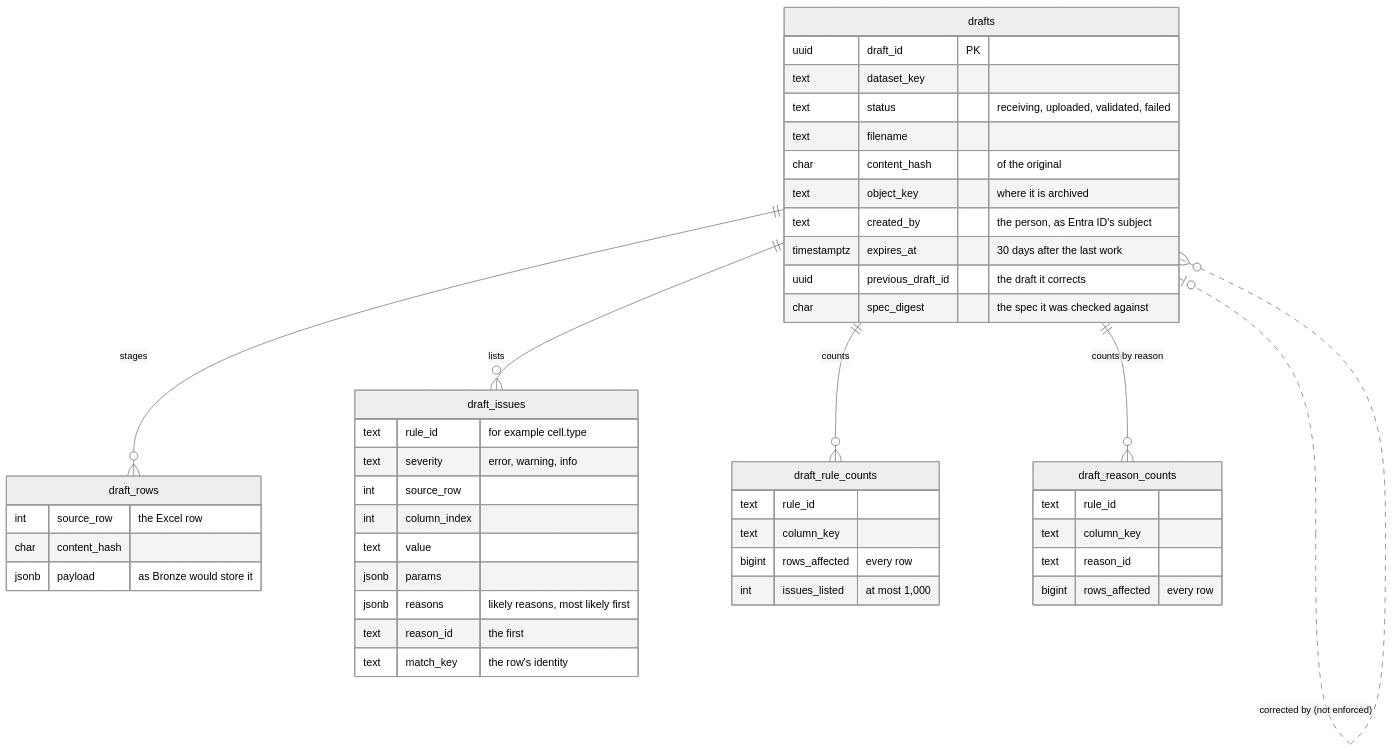
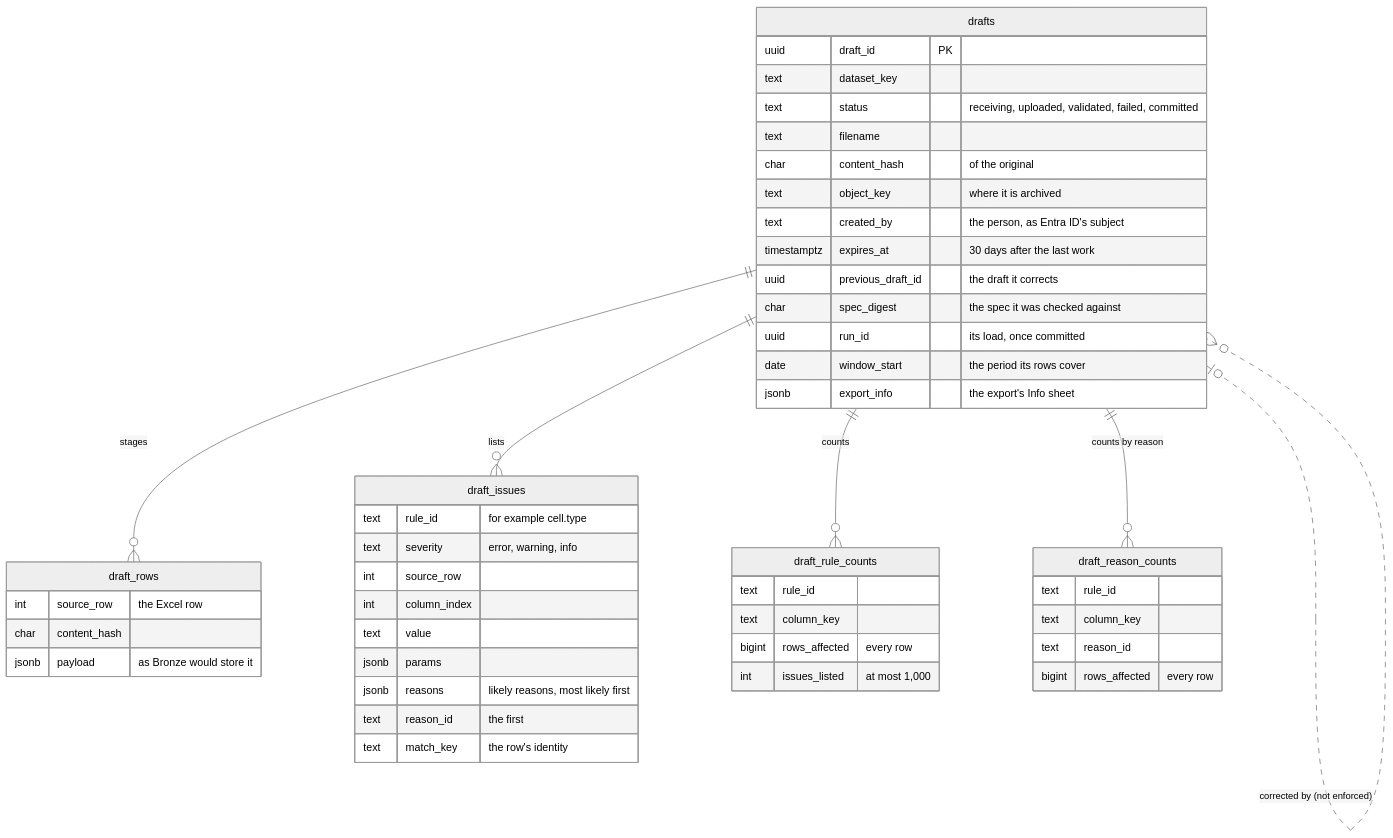
One commit to juanpablocarrillohortua/clarios_app changed diagram 11 of 13 in docs/database_overview.md. Above: the diagram before and after it, drawn with Mermaid (neutral theme). The commit also changed other lines of this file and 88 other files, not shown here.

````diff
--- a/docs/database_overview.md
+++ b/docs/database_overview.md
@@ -749,48 +784,51 @@
 ```mermaid
 erDiagram
     drafts ||--o{ draft_rows : "stages"
     drafts ||--o{ draft_issues : "lists"
     drafts ||--o{ draft_rule_counts : "counts"
     drafts ||--o{ draft_reason_counts : "counts by reason"
     drafts |o..o{ drafts : "corrected by (not enforced)"
     drafts {
         uuid draft_id PK
         text dataset_key
-        text status "receiving, uploaded, validated, failed"
+        text status "receiving, uploaded, validated, failed, committed"
         text filename
         char content_hash "of the original"
         text object_key "where it is archived"
         text created_by "the person, as Entra ID's subject"
         timestamptz expires_at "30 days after the last work"
         uuid previous_draft_id "the draft it corrects"
         char spec_digest "the spec it was checked against"
+        uuid run_id "its load, once committed"
+        date window_start "the period its rows cover"
+        jsonb export_info "the export's Info sheet"
     }
     draft_rows {
         int source_row "the Excel row"
         char content_hash
         jsonb payload "as Bronze would store it"
     }
     draft_issues {
         text rule_id "for example cell.type"
         text severity "error, warning, info"
         int source_row
         int column_index
         text value
         jsonb params
         jsonb reasons "likely reasons, most likely first"
         text reason_id "the first"
         text match_key "the row's identity"
     }
     draft_rule_counts {
         text rule_id
         text column_key
         bigint rows_affected "every row"
         int issues_listed "at most 1,000"
     }
     draft_reason_counts {
         text rule_id
         text column_key
         text reason_id
         bigint rows_affected "every row"
     }
 ```
````
